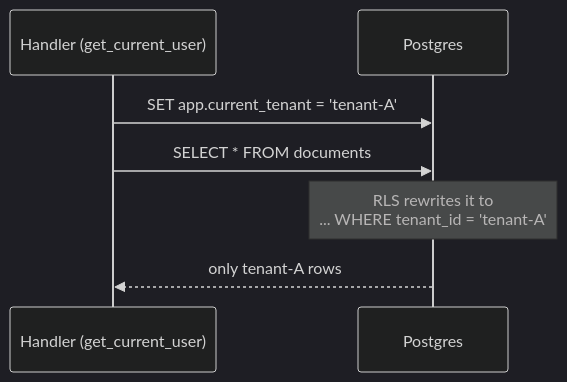
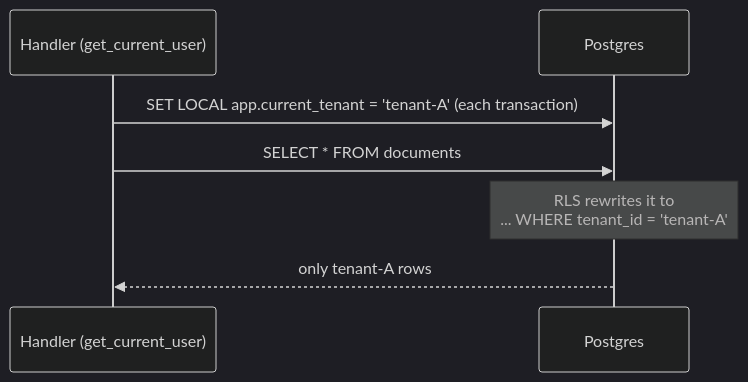
Before and after one commit to objectgyan/agentic-rag-system: the first of 2 diagrams in docs/learn/04-multitenancy-and-rls.md, drawn with Mermaid (dark theme). The commit also changed other lines of this file and 2 other files, not shown here.

Commit message:
docs: transaction-local RLS tenant context and the after_begin re-apply

````diff
--- a/docs/learn/04-multitenancy-and-rls.md
+++ b/docs/learn/04-multitenancy-and-rls.md
@@ -60,9 +110,9 @@
 ```mermaid
 sequenceDiagram
     participant H as Handler (get_current_user)
     participant DB as Postgres
-    H->>DB: SET app.current_tenant = 'tenant-A'
+    H->>DB: SET LOCAL app.current_tenant = 'tenant-A' (each transaction)
     H->>DB: SELECT * FROM documents
     Note over DB: RLS rewrites it to<br/>... WHERE tenant_id = 'tenant-A'
     DB-->>H: only tenant-A rows
 ```
````
